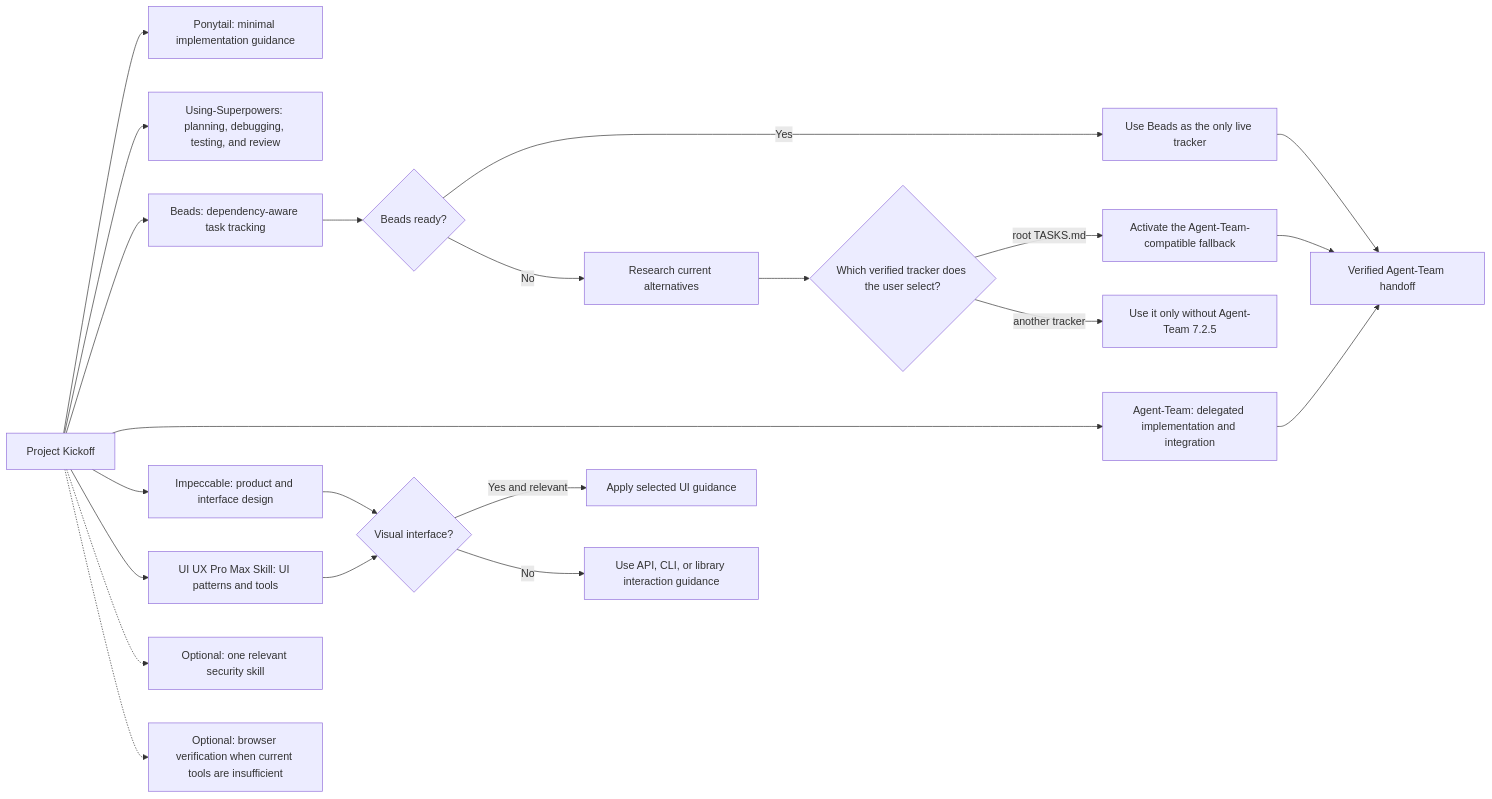
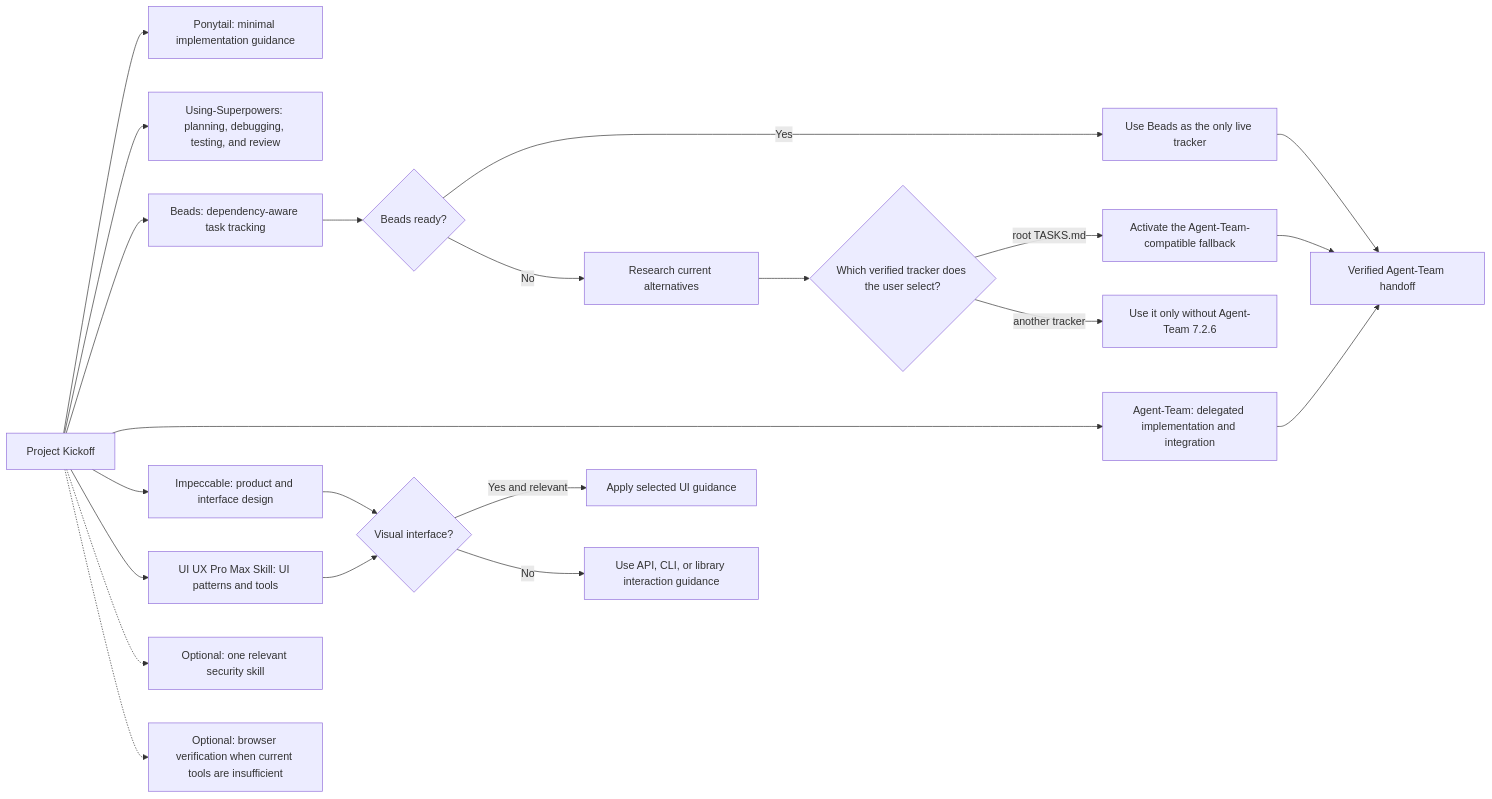
The second of 2 diagrams in README.md (thebpandey/project-kickoff), drawn with Mermaid before and after one commit. The commit also changed other lines of this file and 10 other files, not shown here.

Commit message:
fix: qualify Agent-Team 7.2.6 handoffs

````diff
--- a/README.md
+++ b/README.md
@@ -156,27 +156,27 @@
 ```mermaid
 flowchart LR
     PK["Project Kickoff"] --> P["Ponytail: minimal implementation guidance"]
     PK --> S["Using-Superpowers: planning, debugging, testing, and review"]
     PK --> B["Beads: dependency-aware task tracking"]
     PK --> A["Agent-Team: delegated implementation and integration"]
     PK --> I["Impeccable: product and interface design"]
     PK --> UI["UI UX Pro Max Skill: UI patterns and tools"]
 
     B --> BR{"Beads ready?"}
     BR -->|Yes| BT["Use Beads as the only live tracker"]
     BR -->|No| RESEARCH["Research current alternatives"]
     RESEARCH --> USER{"Which verified tracker does the user select?"}
     USER -->|root TASKS.md| FT["Activate the Agent-Team-compatible fallback"]
-    USER -->|another tracker| NAT["Use it only without Agent-Team 7.2.5"]
+    USER -->|another tracker| NAT["Use it only without Agent-Team 7.2.6"]
 
     I --> VIS{"Visual interface?"}
     UI --> VIS
     VIS -->|Yes and relevant| DESIGN["Apply selected UI guidance"]
     VIS -->|No| NONVIS["Use API, CLI, or library interaction guidance"]
 
     PK -.-> SEC["Optional: one relevant security skill"]
     PK -.-> BROWSER["Optional: browser verification when current tools are insufficient"]
     BT --> HANDOFF["Verified Agent-Team handoff"]
     FT --> HANDOFF
     A --> HANDOFF
 ```
````
